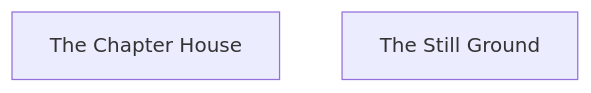
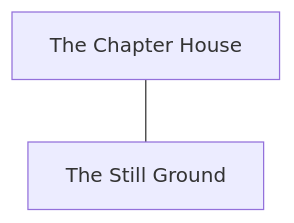
Before and after one commit to rstevenson1237/setting_builder: the diagram in build/diagrams/T3_R04.md, drawn with Mermaid. The commit also changed 145 other files, not shown here.

First line of the commit message:
Step 10: the location graph, sources and typed exits

````diff
--- a/build/diagrams/T3_R04.md
+++ b/build/diagrams/T3_R04.md
@@ -1,7 +1,8 @@
 ```mermaid
 flowchart TD
 %% Tier 3. Region R04: the region-level containers inside it, binary edges.
 %% Derived by tools/mermaid_gen.py. Do not edit.
     C_THE_CHAPTER_HOUSE["The Chapter House"]
     C_THE_STILL_GROUND["The Still Ground"]
+    C_THE_CHAPTER_HOUSE --- C_THE_STILL_GROUND
 ```
````
